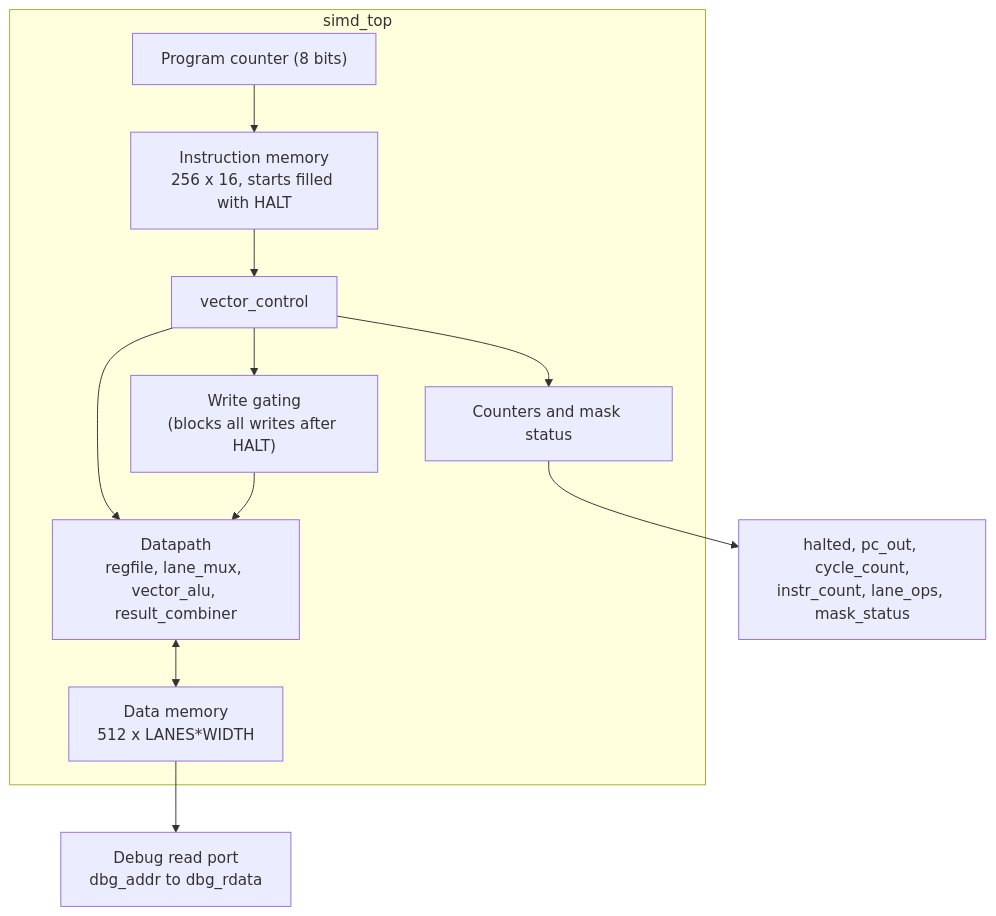
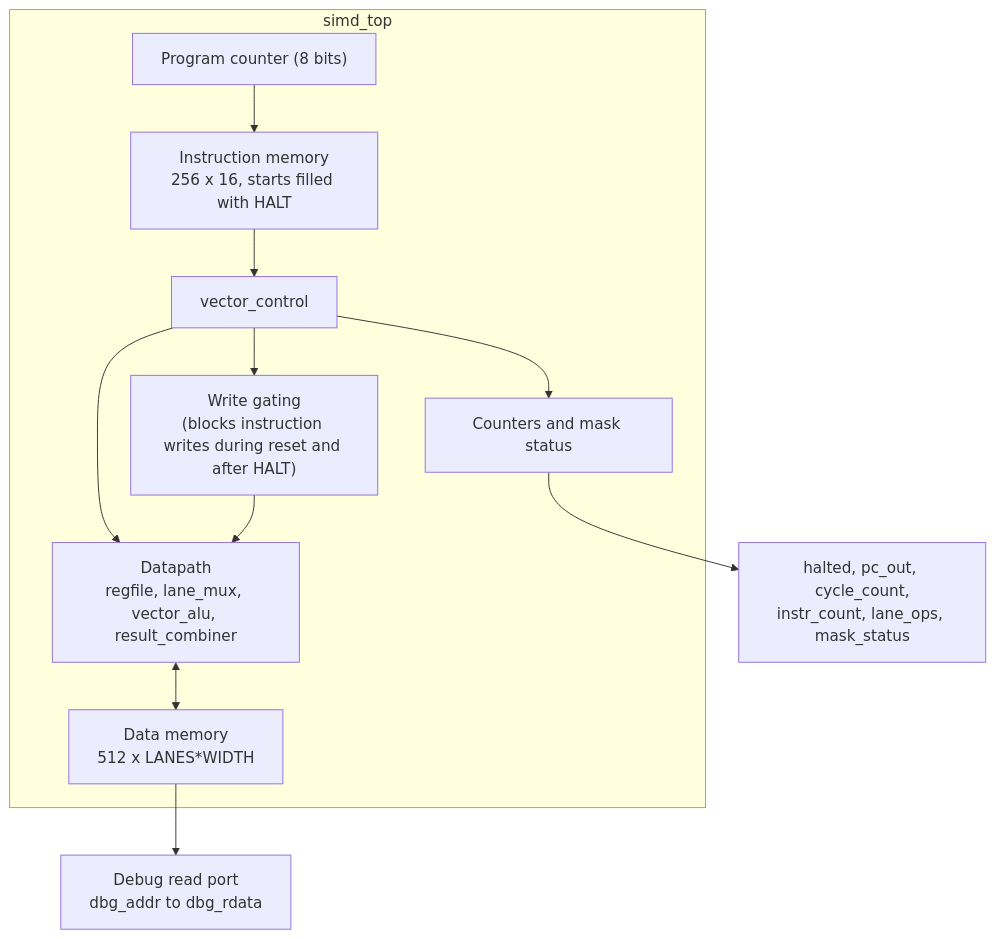
One commit to nipun1803/LaneForge changed the first of 2 diagrams in docs/top_level_processor.md. Above: the diagram before and after it, drawn with Mermaid. The commit also changed other lines of this file and 10 other files, not shown here.

````diff
--- a/docs/top_level_processor.md
+++ b/docs/top_level_processor.md
@@ -7,14 +7,14 @@
 ```mermaid
 flowchart TB
     subgraph TOP["simd_top"]
         PC["Program counter (8 bits)"] --> IMEM["Instruction memory<br/>256 x 16, starts filled with HALT"]
         IMEM --> CU["vector_control"]
         CU --> DP["Datapath<br/>regfile, lane_mux, vector_alu, result_combiner"]
         DP <--> DMEM["Data memory<br/>512 x LANES*WIDTH"]
-        CU --> G["Write gating<br/>(blocks all writes after HALT)"]
+        CU --> G["Write gating<br/>(blocks instruction writes during reset and after HALT)"]
         G --> DP
         CU --> CNT["Counters and mask status"]
     end
     DMEM --> DBG["Debug read port<br/>dbg_addr to dbg_rdata"]
     CNT --> OUT["halted, pc_out, cycle_count,<br/>instr_count, lane_ops, mask_status"]
 ```
````
